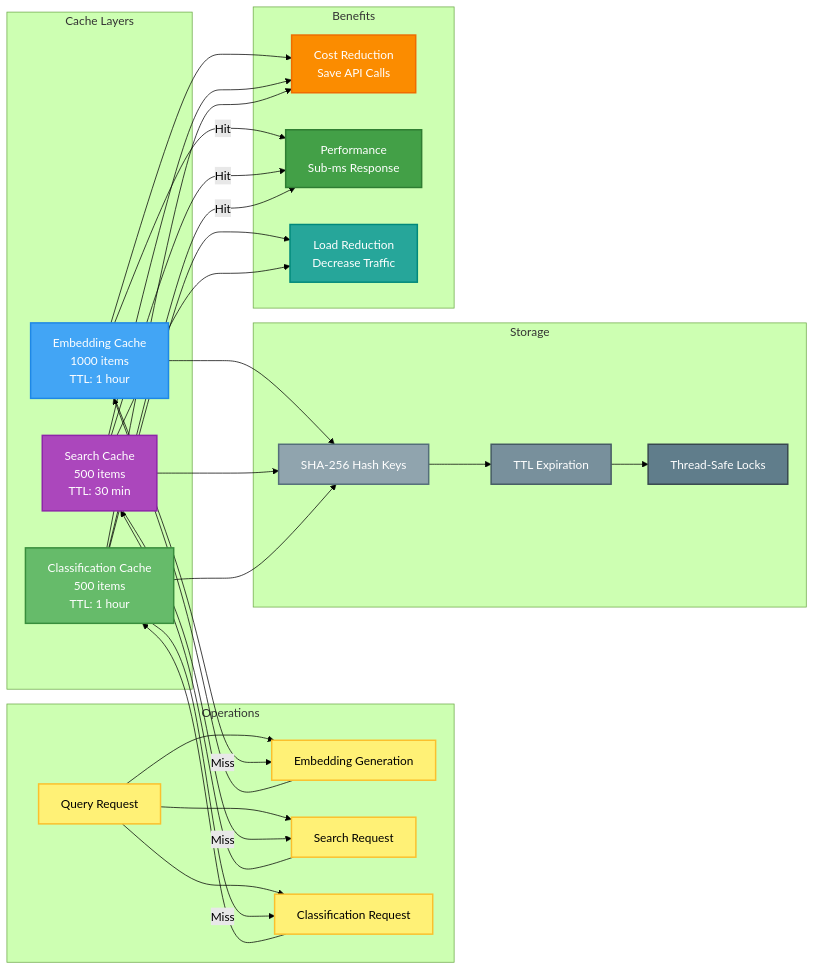
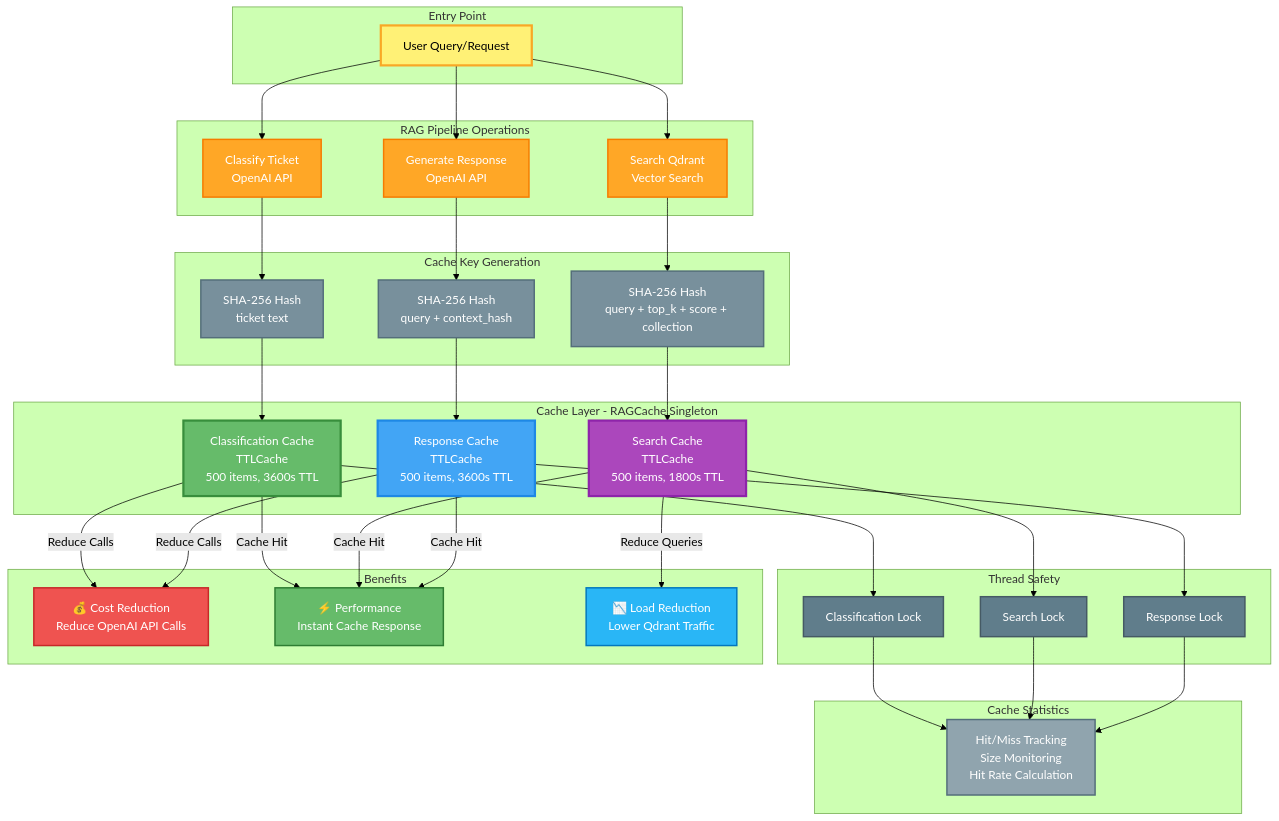
Before and after one commit to kanugurajesh/Architecture: the fourth of 12 diagrams in README.md, drawn with Mermaid (forest theme). The commit also changed other lines of this file, not shown here.

````diff
--- a/README.md
+++ b/README.md
@@ -192,73 +251,92 @@
 ```mermaid
-graph LR
-      subgraph "Cache Layers"
-          EC[Embedding Cache<br/>1000 items<br/>TTL: 1 hour]
-          SC[Search Cache<br/>500 items<br/>TTL: 30 min]
-          CC[Classification Cache<br/>500 items<br/>TTL: 1 hour]
+graph TB
+      subgraph "Entry Point"
+          User[User Query/Request]
       end
 
-      subgraph "Operations"
-          Q1[Query Request]
-          E1[Embedding Generation]
-          S1[Search Request]
-          C1[Classification Request]
+      subgraph "RAG Pipeline Operations"
+          Classify[Classify Ticket<br/>OpenAI API]
+          Search[Search Qdrant<br/>Vector Search]
+          Generate[Generate Response<br/>OpenAI API]
       end
 
-      subgraph "Storage"
-          SHA[SHA-256 Hash Keys]
-          TTL[TTL Expiration]
-          Lock[Thread-Safe Locks]
+      subgraph "Cache Layer - RAGCache Singleton"
+          CC[Classification Cache<br/>TTLCache<br/>500 items, 3600s TTL]
+          SC[Search Cache<br/>TTLCache<br/>500 items, 1800s TTL]
+          RC[Response Cache<br/>TTLCache<br/>500 items, 3600s TTL]
+      end
+
+      subgraph "Cache Key Generation"
+          SHA1[SHA-256 Hash<br/>ticket text]
+          SHA2[SHA-256 Hash<br/>query + top_k + score + collection]
+          SHA3[SHA-256 Hash<br/>query + context_hash]
+      end
+
+      subgraph "Thread Safety"
+          Lock1[Classification Lock]
+          Lock2[Search Lock]
+          Lock3[Response Lock]
+      end
+
+      subgraph "Cache Statistics"
+          Stats[Hit/Miss Tracking<br/>Size Monitoring<br/>Hit Rate Calculation]
       end
 
       subgraph "Benefits"
-          Cost[Cost Reduction<br/>Save API Calls]
-          Speed[Performance<br/>Sub-ms Response]
-          Load[Load Reduction<br/>Decrease Traffic]
+          Cost[💰 Cost Reduction<br/>Reduce OpenAI API Calls]
+          Speed[⚡ Performance<br/>Instant Cache Response]
+          Load[📉 Load Reduction<br/>Lower Qdrant Traffic]
       end
 
-      Q1 --> E1
-      E1 --> EC
-      EC --> |Hit| Speed
-      EC --> |Miss| E1
+      User --> Classify
+      User --> Search
+      User --> Generate
 
-      Q1 --> S1
-      S1 --> SC
-      SC --> |Hit| Speed
-      SC --> |Miss| S1
+      Classify --> SHA1
+      Search --> SHA2
+      Generate --> SHA3
 
-      Q1 --> C1
-      C1 --> CC
-      CC --> |Hit| Speed
-      CC --> |Miss| C1
+      SHA1 --> CC
+      SHA2 --> SC
+      SHA3 --> RC
 
-      EC --> SHA
-      SC --> SHA
-      CC --> SHA
+      CC --> Lock1
+      SC --> Lock2
+      RC --> Lock3
 
-      SHA --> TTL
-      TTL --> Lock
+      Lock1 --> Stats
+      Lock2 --> Stats
+      Lock3 --> Stats
 
-      EC --> Cost
-      SC --> Cost
-      CC --> Cost
-      CC --> Load
-      SC --> Load
+      CC -->|Cache Hit| Speed
+      SC -->|Cache Hit| Speed
+      RC -->|Cache Hit| Speed
 
-      %% High-contrast colors
-      style EC fill:#42a5f5,color:#fff,stroke:#1e88e5,stroke-width:2px
-      style SC fill:#ab47bc,color:#fff,stroke:#8e24aa,stroke-width:2px
-      style CC fill:#66bb6a,color:#fff,stroke:#388e3c,stroke-width:2px
+      CC -->|Reduce Calls| Cost
+      RC -->|Reduce Calls| Cost
+      SC -->|Reduce Queries| Load
 
-      style Cost fill:#fb8c00,color:#fff,stroke:#ef6c00,stroke-width:2px
-      style Speed fill:#43a047,color:#fff,stroke:#2e7d32,stroke-width:2px
-      style Load fill:#26a69a,color:#fff,stroke:#00897b,stroke-width:2px
+      %% Styling
+      style CC fill:#66bb6a,color:#fff,stroke:#388e3c,stroke-width:3px
+      style SC fill:#ab47bc,color:#fff,stroke:#8e24aa,stroke-width:3px
+      style RC fill:#42a5f5,color:#fff,stroke:#1e88e5,stroke-width:3px
 
-      style SHA fill:#90a4ae,color:#fff,stroke:#546e7a,stroke-width:2px
-      style TTL fill:#78909c,color:#fff,stroke:#455a64,stroke-width:2px
-      style Lock fill:#607d8b,color:#fff,stroke:#37474f,stroke-width:2px
+      style Classify fill:#ffa726,color:#fff,stroke:#f57c00,stroke-width:2px
+      style Search fill:#ffa726,color:#fff,stroke:#f57c00,stroke-width:2px
+      style Generate fill:#ffa726,color:#fff,stroke:#f57c00,stroke-width:2px
 
-      style Q1 fill:#fff176,color:#000,stroke:#fbc02d,stroke-width:2px
-      style E1 fill:#fff176,color:#000,stroke:#fbc02d,stroke-width:2px
-      style S1 fill:#fff176,color:#000,stroke:#fbc02d,stroke-width:2px
-      style C1 fill:#fff176,color:#000,stroke:#fbc02d,stroke-width:2px
+      style SHA1 fill:#78909c,color:#fff,stroke:#546e7a,stroke-width:2px
+      style SHA2 fill:#78909c,color:#fff,stroke:#546e7a,stroke-width:2px
+      style SHA3 fill:#78909c,color:#fff,stroke:#546e7a,stroke-width:2px
+
+      style Lock1 fill:#607d8b,color:#fff,stroke:#455a64,stroke-width:2px
+      style Lock2 fill:#607d8b,color:#fff,stroke:#455a64,stroke-width:2px
+      style Lock3 fill:#607d8b,color:#fff,stroke:#455a64,stroke-width:2px
+
+      style Cost fill:#ef5350,color:#fff,stroke:#c62828,stroke-width:2px
+      style Speed fill:#66bb6a,color:#fff,stroke:#2e7d32,stroke-width:2px
+      style Load fill:#29b6f6,color:#fff,stroke:#0277bd,stroke-width:2px
+
+      style User fill:#fff176,color:#000,stroke:#f9a825,stroke-width:3px
+      style Stats fill:#90a4ae,color:#fff,stroke:#546e7a,stroke-width:2px
 ```
````
